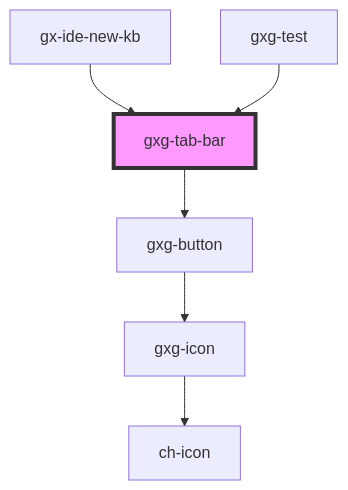
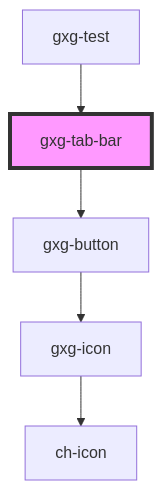
Before and after one commit to genexuslabs/gemini: the diagram in src/components/tab-bar/readme.md, drawn with Mermaid. The commit also changed other lines of this file and 59 other files, not shown here.

````diff
--- a/src/components/tab-bar/readme.md
+++ b/src/components/tab-bar/readme.md
@@ -18,9 +17,8 @@
 ```mermaid
 graph TD;
   gxg-tab-bar --> gxg-button
   gxg-button --> gxg-icon
   gxg-icon --> ch-icon
-  gx-ide-new-kb --> gxg-tab-bar
   gxg-test --> gxg-tab-bar
   style gxg-tab-bar fill:#f9f,stroke:#333,stroke-width:4px
 ```
````
